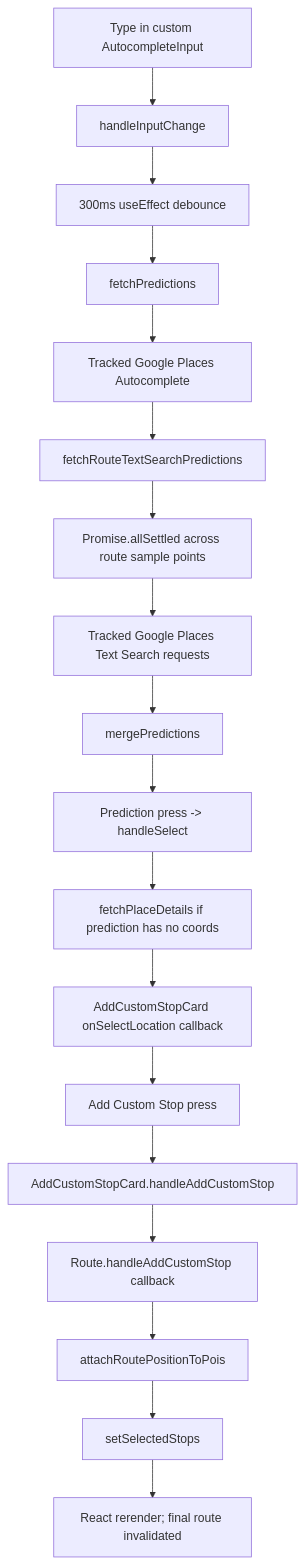
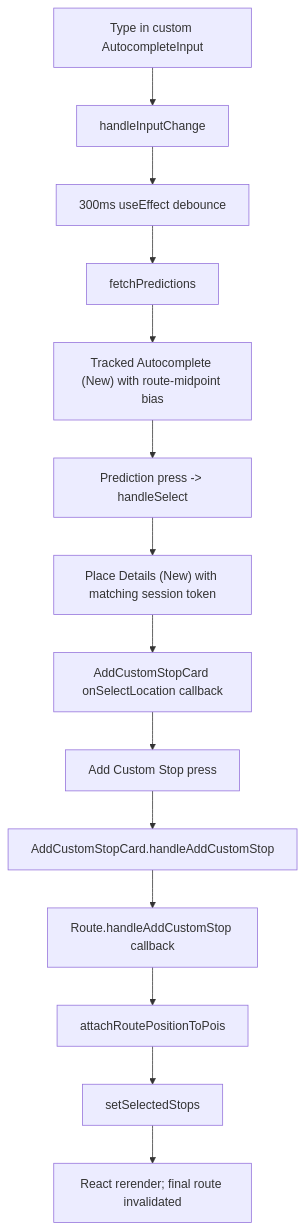
The fifth of 6 diagrams in FLOW.md (RJD72/wandernorth), drawn with Mermaid before and after one commit. The commit also changed other lines of this file and 76 other files, not shown here.

````diff
--- a/FLOW.md
+++ b/FLOW.md
@@ -198,20 +198,16 @@
 ```mermaid
 flowchart TD
   A["Type in custom AutocompleteInput"] --> B["handleInputChange"]
   B --> C["300ms useEffect debounce"]
   C --> D["fetchPredictions"]
-  D --> E["Tracked Google Places Autocomplete"]
-  E --> F["fetchRouteTextSearchPredictions"]
-  F --> G["Promise.allSettled across route sample points"]
-  G --> H["Tracked Google Places Text Search requests"]
-  H --> I["mergePredictions"]
-  I --> J["Prediction press -> handleSelect"]
-  J --> K["fetchPlaceDetails if prediction has no coords"]
-  K --> L["AddCustomStopCard onSelectLocation callback"]
-  L --> M["Add Custom Stop press"]
-  M --> N["AddCustomStopCard.handleAddCustomStop"]
-  N --> O["Route.handleAddCustomStop callback"]
-  O --> P["attachRoutePositionToPois"]
-  P --> Q["setSelectedStops"]
-  Q --> R["React rerender; final route invalidated"]
+  D --> E["Tracked Autocomplete (New) with route-midpoint bias"]
+  E --> F["Prediction press -> handleSelect"]
+  F --> G["Place Details (New) with matching session token"]
+  G --> H["AddCustomStopCard onSelectLocation callback"]
+  H --> I["Add Custom Stop press"]
+  I --> J["AddCustomStopCard.handleAddCustomStop"]
+  J --> K["Route.handleAddCustomStop callback"]
+  K --> L["attachRoutePositionToPois"]
+  L --> M["setSelectedStops"]
+  M --> N["React rerender; final route invalidated"]
 ```
````
